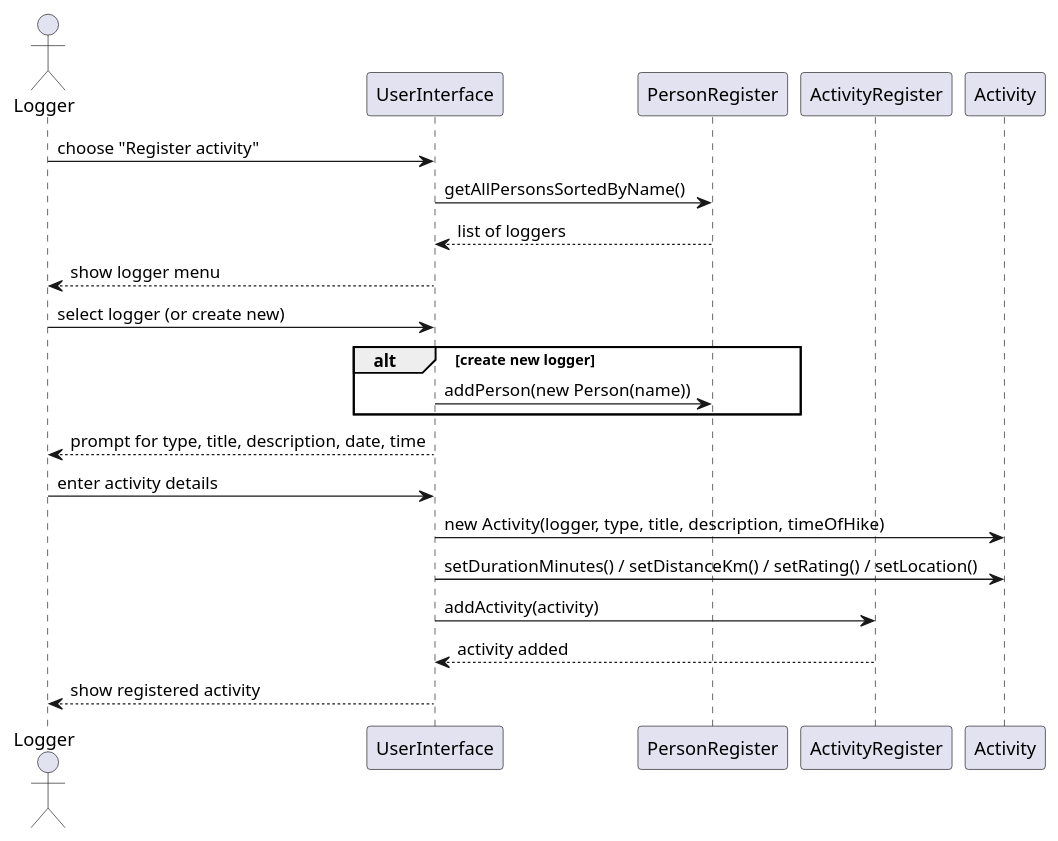
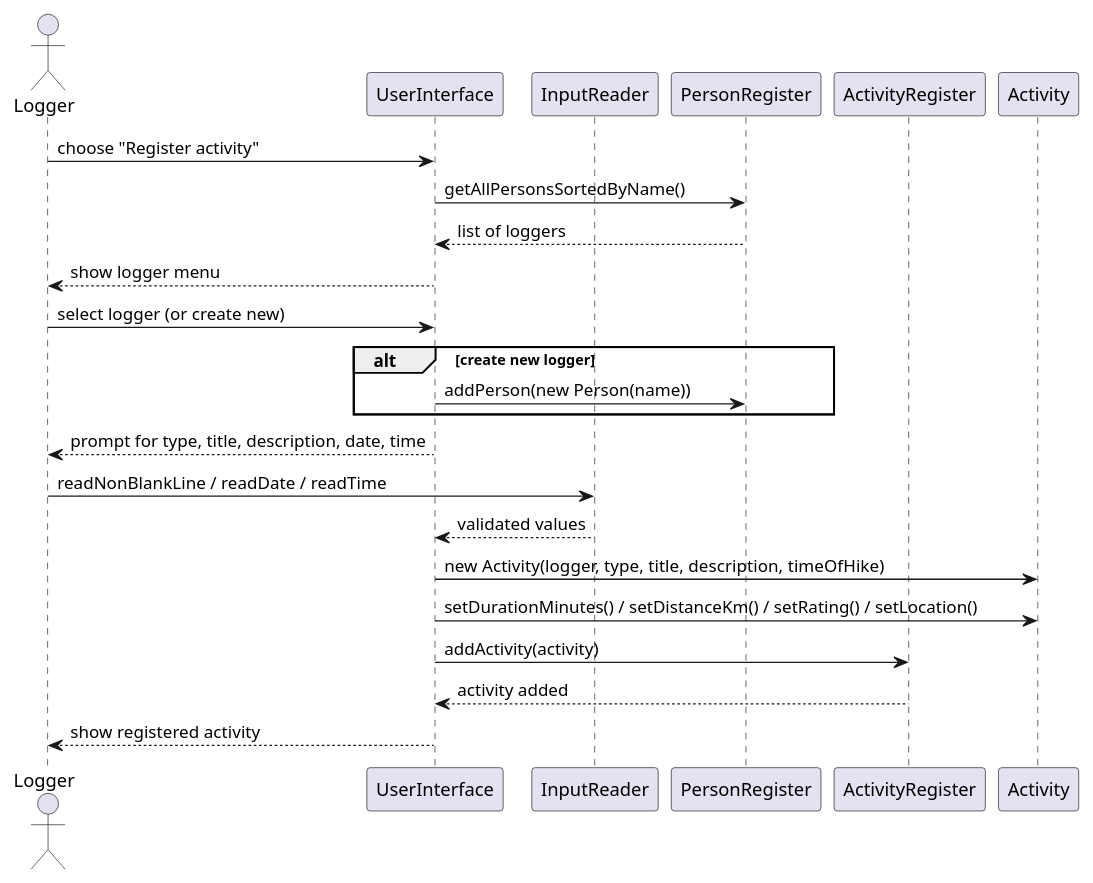
Before and after one commit to AlexElton/idatt1003-mappe: the diagram in src/doc/plantuml/sequence-register-activity.puml, drawn with PlantUML. The commit also changed 6 other files, not shown here.

Commit message:
changed diagrams to match updated code

```diff
--- a/src/doc/plantuml/sequence-register-activity.puml
+++ b/src/doc/plantuml/sequence-register-activity.puml
@@ -1,23 +1,25 @@
 @startuml sequence-register-activity
 actor Logger
 participant "UserInterface" as UI
+participant "InputReader" as IR
 participant "PersonRegister" as PR
 participant "ActivityRegister" as AR
 participant "Activity" as A
 
 Logger -> UI : choose "Register activity"
 UI -> PR : getAllPersonsSortedByName()
 PR --> UI : list of loggers
 UI --> Logger : show logger menu
 Logger -> UI : select logger (or create new)
 alt create new logger
   UI -> PR : addPerson(new Person(name))
 end
 UI --> Logger : prompt for type, title, description, date, time
-Logger -> UI : enter activity details
+Logger -> IR : readNonBlankLine / readDate / readTime
+IR --> UI : validated values
 UI -> A : new Activity(logger, type, title, description, timeOfHike)
 UI -> A : setDurationMinutes() / setDistanceKm() / setRating() / setLocation()
 UI -> AR : addActivity(activity)
 AR --> UI : activity added
 UI --> Logger : show registered activity
 @enduml
```
